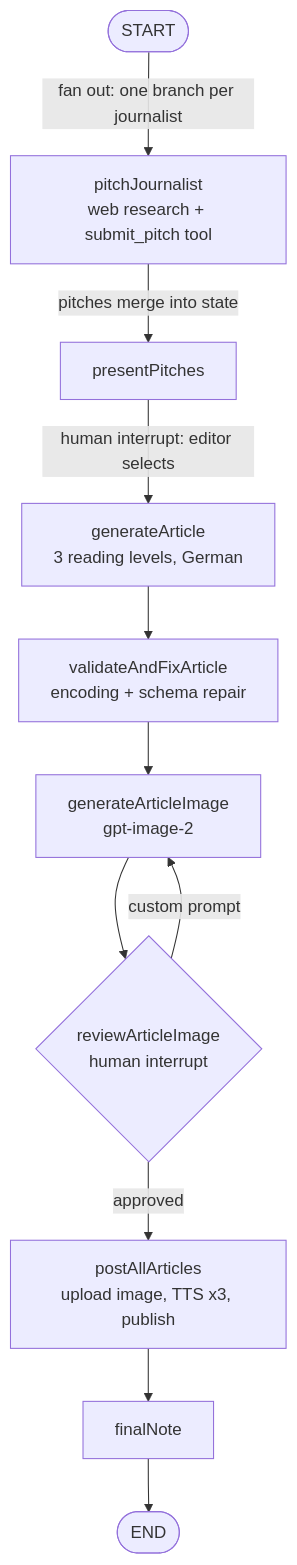
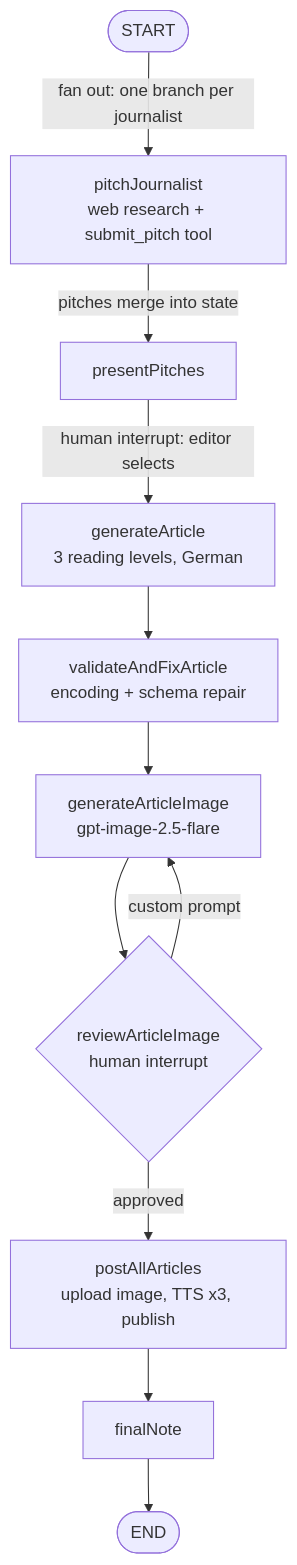
Before and after one commit to osmancakir/umbruchai-news-desk: the diagram in README.md, drawn with Mermaid. The commit also changed 7 other files, not shown here.

````diff
--- a/README.md
+++ b/README.md
@@ -35,12 +35,12 @@
 ```mermaid
 flowchart TD
     START([START]) -->|fan out: one branch per journalist| PITCH[pitchJournalist<br/>web research + submit_pitch tool]
     PITCH -->|pitches merge into state| PRESENT[presentPitches]
     PRESENT -->|human interrupt: editor selects| GEN[generateArticle<br/>3 reading levels, German]
     GEN --> VALIDATE[validateAndFixArticle<br/>encoding + schema repair]
-    VALIDATE --> IMG[generateArticleImage<br/>gpt-image-2]
+    VALIDATE --> IMG[generateArticleImage<br/>gpt-image-2.5-flare]
     IMG --> REVIEW{reviewArticleImage<br/>human interrupt}
     REVIEW -->|custom prompt| IMG
     REVIEW -->|approved| POST[postAllArticles<br/>upload image, TTS x3, publish]
     POST --> FINAL[finalNote] --> DONE([END])
 ```
````
